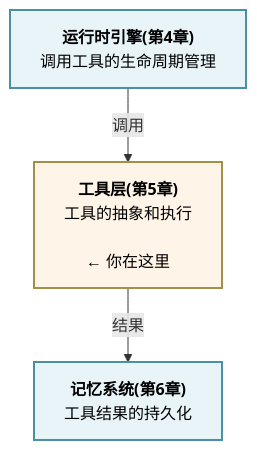
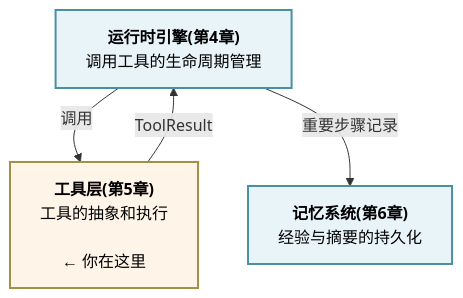
The second of 2 diagrams in 05_tool_layer/summary.md (yeasy/harness_engineering_guide), drawn with Mermaid before and after one commit. The commit also changed other lines of this file and 57 other files, not shown here.

````diff
--- a/05_tool_layer/summary.md
+++ b/05_tool_layer/summary.md
@@ -102,9 +102,10 @@
 ```mermaid
 graph TD
     A["<b>运行时引擎(第4章)</b><br/>调用工具的生命周期管理"] -->|调用| B["<b>工具层(第5章)</b><br/>工具的抽象和执行<br/><br/>← 你在这里"]
-    B -->|结果| C["<b>记忆系统(第6章)</b><br/>工具结果的持久化"]
+    B -->|ToolResult| A
+    A -->|重要步骤记录| C["<b>记忆系统(第6章)</b><br/>经验与摘要的持久化"]
 
     style A fill:#e8f4f8,stroke:#4a90a4,stroke-width:2px,color:#000000
     style B fill:#fff4e8,stroke:#a49044,stroke-width:2px,color:#000000
     style C fill:#e8f4f8,stroke:#4a90a4,stroke-width:2px,color:#000000
 ```
````
